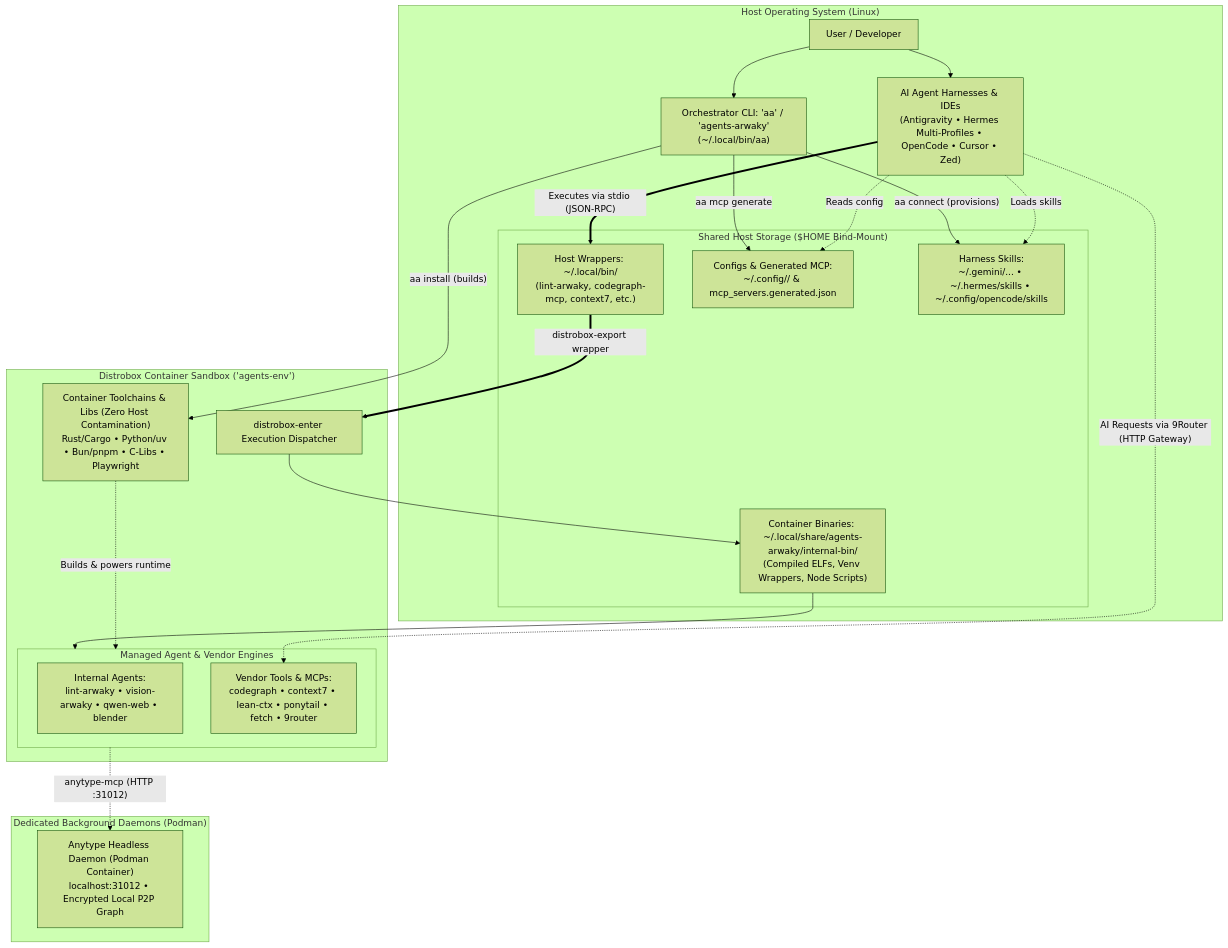
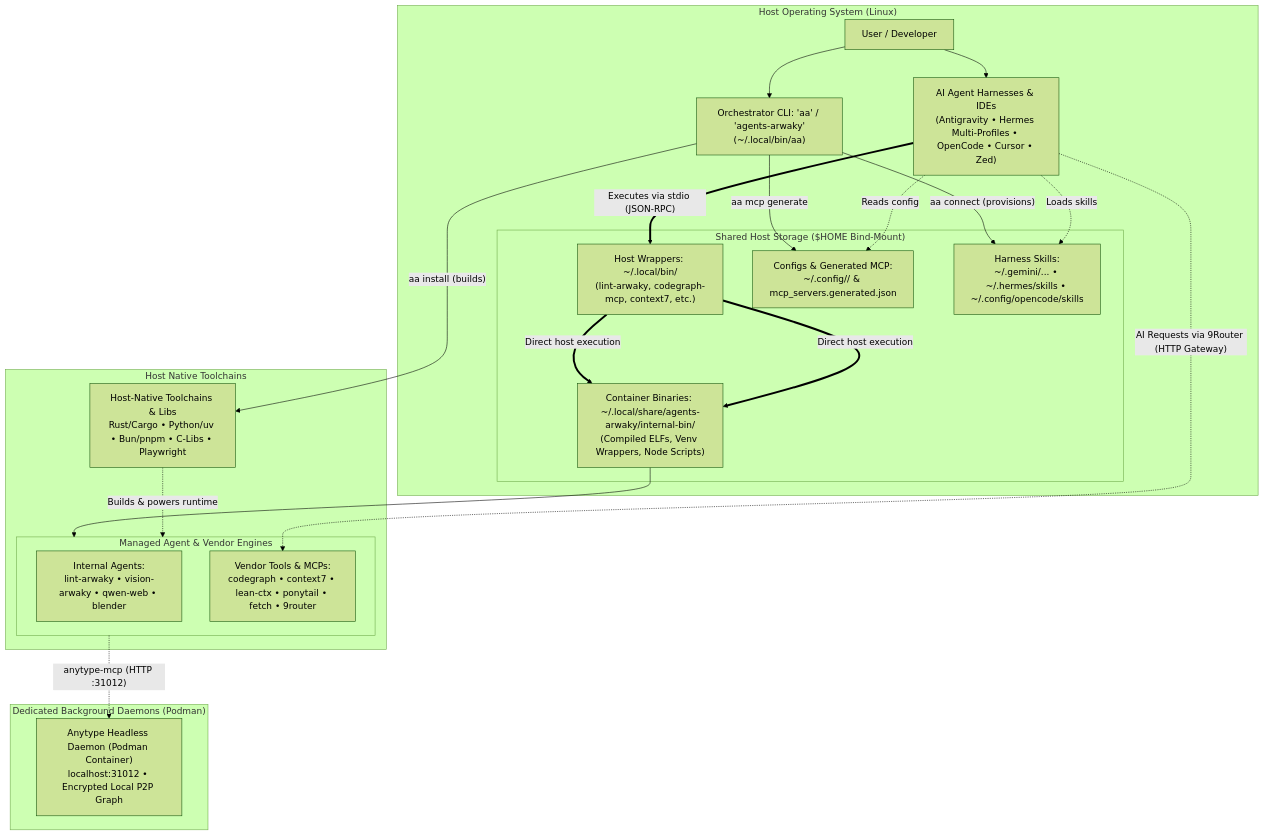
The diagram in README.md (rakaarwaky/agents-arwaky), drawn with Mermaid (forest theme) before and after one commit. The commit also changed other lines of this file and 8 other files, not shown here.

First line of the commit message:
docs(docs): update architecture documentation for bare-metal execution

````diff
--- a/README.md
+++ b/README.md
@@ -48,51 +48,52 @@
 ```mermaid
 flowchart TB
     subgraph HostOS["Host Operating System (Linux)"]
         User["User / Developer"]
         Harnesses["AI Agent Harnesses & IDEs\n(Antigravity • Hermes Multi-Profiles • OpenCode • Cursor • Zed)"]
         CLI["Orchestrator CLI: 'aa' / 'agents-arwaky'\n(~/.local/bin/aa)"]
       
         subgraph XDGShared["Shared Host Storage ($HOME Bind-Mount)"]
             Launchers["Host Wrappers: ~/.local/bin/\n(lint-arwaky, codegraph-mcp, context7, etc.)"]
             InternalBin["Container Binaries: ~/.local/share/agents-arwaky/internal-bin/\n(Compiled ELFs, Venv Wrappers, Node Scripts)"]
             XDGConfigs["Configs & Generated MCP:\n~/.config/<tool>/ & mcp_servers.generated.json"]
             XDGSkills["Harness Skills:\n~/.gemini/... • ~/.hermes/skills • ~/.config/opencode/skills"]
         end
     end
 
-    subgraph DistroboxEnv["Distrobox Container Sandbox ('agents-env')"]
-        DistroboxEngine["distrobox-enter Execution Dispatcher"]
-        IsolatedRuntimes["Container Toolchains & Libs (Zero Host Contamination)\nRust/Cargo • Python/uv • Bun/pnpm • C-Libs • Playwright"]
-      
+    subgraph HostToolchain["Host Native Toolchains"]
+        IsolatedRuntimes["Host-Native Toolchains & Libs\nRust/Cargo • Python/uv • Bun/pnpm • C-Libs • Playwright"]
+
         subgraph AgentsAndTools["Managed Agent & Vendor Engines"]
             InternalAgents["Internal Agents:\nlint-arwaky • vision-arwaky • qwen-web • blender"]
             VendorTools["Vendor Tools & MCPs:\ncodegraph • context7 • lean-ctx • ponytail • fetch • 9router"]
         end
     end
 
     subgraph SidecarServices["Dedicated Background Daemons (Podman)"]
         AnytypeDaemon["Anytype Headless Daemon (Podman Container)\nlocalhost:31012 • Encrypted Local P2P Graph"]
     end
 
     %% User & CLI interactions
     User --> CLI
     User --> Harnesses
     CLI -- "aa connect (provisions)" --> XDGSkills
     CLI -- "aa mcp generate" --> XDGConfigs
     CLI -- "aa install (builds)" --> IsolatedRuntimes
 
+    %% Host-native execution
+    Launchers == "Direct host execution" ==> InternalBin
+
     %% Harness interactions
     Harnesses -. "Reads config" .-> XDGConfigs
     Harnesses -. "Loads skills" .-> XDGSkills
     Harnesses == "Executes via stdio (JSON-RPC)" ==> Launchers
 
-    %% Host wrapper to Distrobox execution
-    Launchers == "distrobox-export wrapper" ==> DistroboxEngine
-    DistroboxEngine --> InternalBin
+    %% Host-native execution
+    Launchers == "Direct host execution" ==> InternalBin
     InternalBin --> AgentsAndTools
     IsolatedRuntimes -. "Builds & powers runtime" .-> AgentsAndTools
 
     %% Daemons & Services
     AgentsAndTools -. "anytype-mcp (HTTP :31012)" .-> AnytypeDaemon
     Harnesses -. "AI Requests via 9Router (HTTP Gateway)" .-> VendorTools
 ```
````
